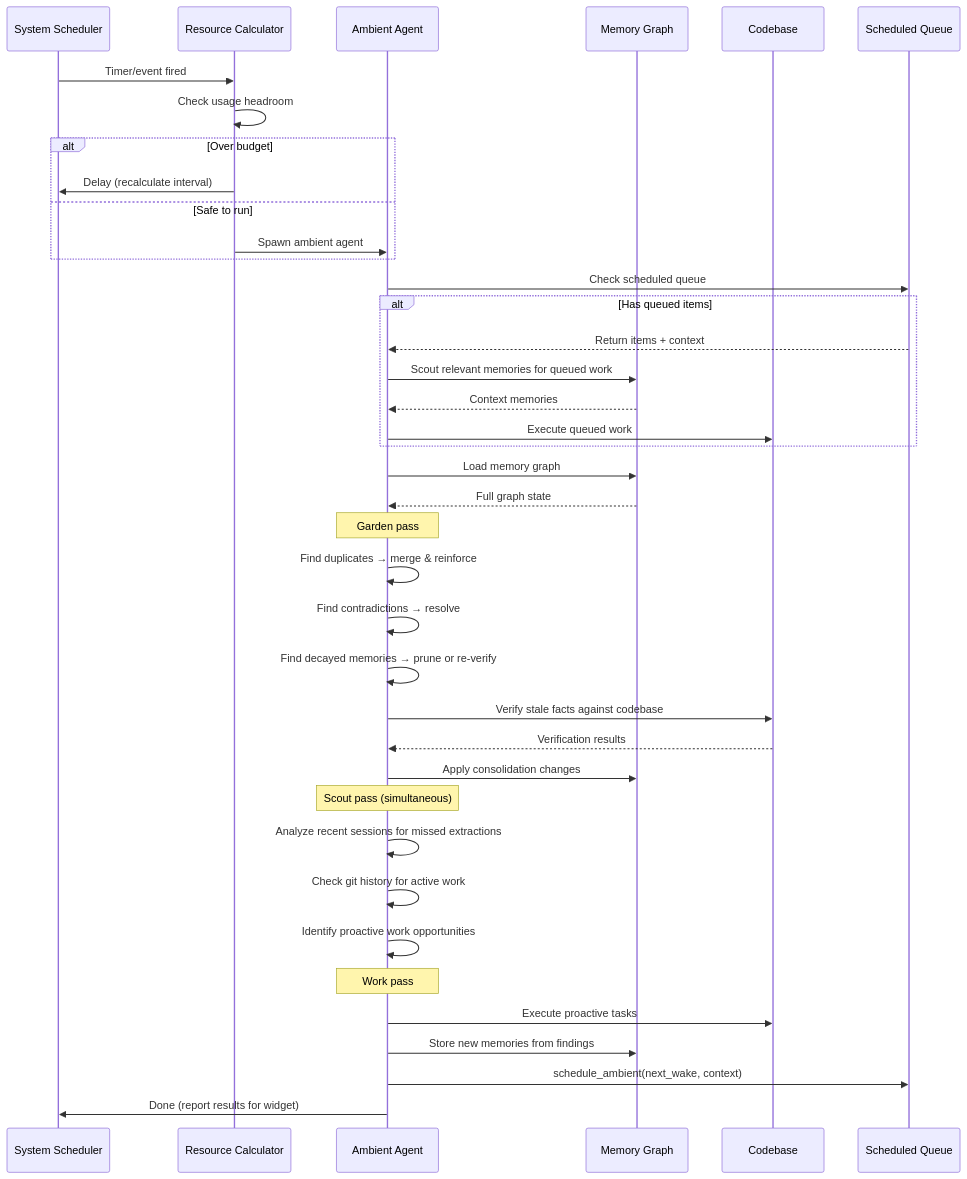
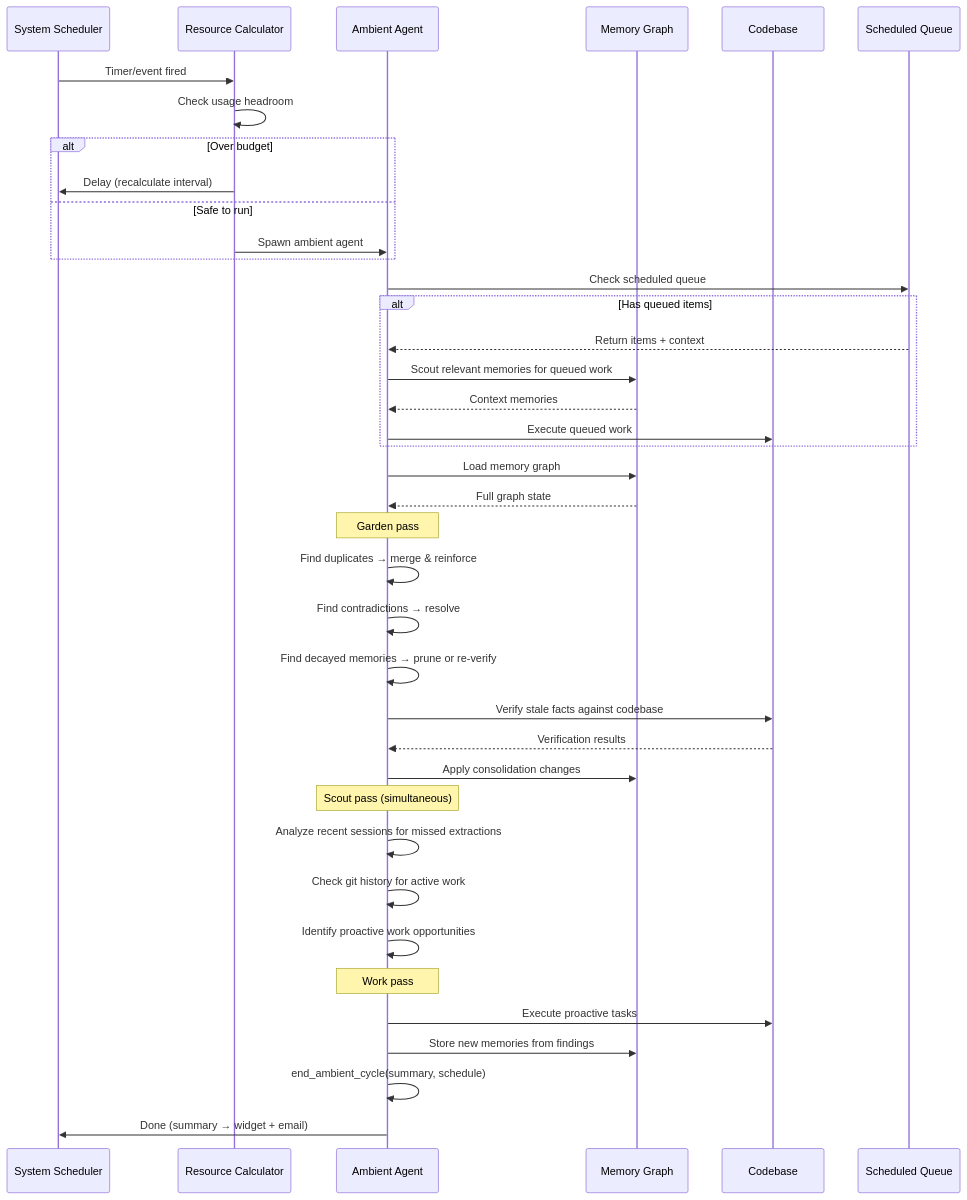
The second of 8 diagrams in docs/AMBIENT_MODE.md (iamrohithrnair/minnal), drawn with Mermaid before and after one commit. The commit also changed other lines of this file, not shown here.

First line of the commit message:
Add ambient tools, prompt design, usage calculation, and stop handling

````diff
--- a/docs/AMBIENT_MODE.md
+++ b/docs/AMBIENT_MODE.md
@@ -96,48 +96,48 @@
 ```mermaid
 sequenceDiagram
     participant SYS as System Scheduler
     participant RES as Resource Calculator
     participant AMB as Ambient Agent
     participant MEM as Memory Graph
     participant CB as Codebase
     participant Q as Scheduled Queue
 
     SYS->>RES: Timer/event fired
     RES->>RES: Check usage headroom
     alt Over budget
         RES->>SYS: Delay (recalculate interval)
     else Safe to run
         RES->>AMB: Spawn ambient agent
     end
 
     AMB->>Q: Check scheduled queue
     alt Has queued items
         Q-->>AMB: Return items + context
         AMB->>MEM: Scout relevant memories for queued work
         MEM-->>AMB: Context memories
         AMB->>CB: Execute queued work
     end
 
     AMB->>MEM: Load memory graph
     MEM-->>AMB: Full graph state
 
     Note over AMB: Garden pass
     AMB->>AMB: Find duplicates → merge & reinforce
     AMB->>AMB: Find contradictions → resolve
     AMB->>AMB: Find decayed memories → prune or re-verify
     AMB->>CB: Verify stale facts against codebase
     CB-->>AMB: Verification results
     AMB->>MEM: Apply consolidation changes
 
     Note over AMB: Scout pass (simultaneous)
     AMB->>AMB: Analyze recent sessions for missed extractions
     AMB->>AMB: Check git history for active work
     AMB->>AMB: Identify proactive work opportunities
 
     Note over AMB: Work pass
     AMB->>CB: Execute proactive tasks
     AMB->>MEM: Store new memories from findings
 
-    AMB->>Q: schedule_ambient(next_wake, context)
-    AMB->>SYS: Done (report results for widget)
+    AMB->>AMB: end_ambient_cycle(summary, schedule)
+    AMB->>SYS: Done (summary → widget + email)
 ```
````
